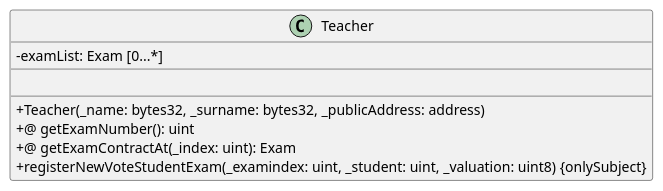
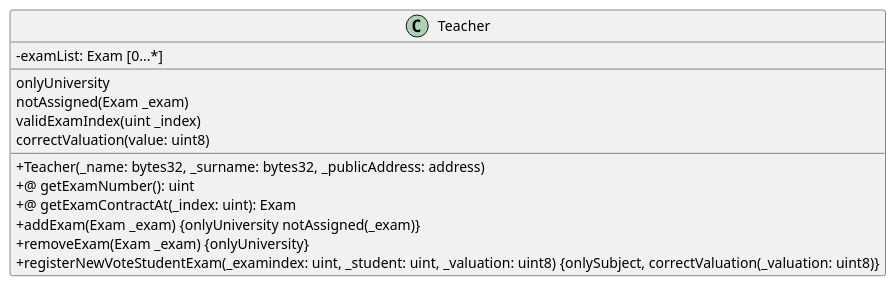
Before and after one commit to M9k/Marvin-Uml: the diagram in Solidity/Contracts/Teacher.iuml, drawn with PlantUML. The commit also changed 4 other files, not shown here.

```diff
--- a/Solidity/Contracts/Teacher.iuml
+++ b/Solidity/Contracts/Teacher.iuml
@@ -1,13 +1,18 @@
 @startuml
 skinparam classAttributeIconSize 0
 class Teacher {
 - examList: Exam [0...*]
 __
-
+onlyUniversity
+notAssigned(Exam _exam)
+validExamIndex(uint _index)
+correctValuation(value: uint8)
 __
 + Teacher(_name: bytes32, _surname: bytes32, _publicAddress: address)
 +@ getExamNumber(): uint
 +@ getExamContractAt(_index: uint): Exam
-+ registerNewVoteStudentExam(_examindex: uint, _student: uint, _valuation: uint8) {onlySubject}
++ addExam(Exam _exam) {onlyUniversity notAssigned(_exam)}
++ removeExam(Exam _exam) {onlyUniversity}
++ registerNewVoteStudentExam(_examindex: uint, _student: uint, _valuation: uint8) {onlySubject, correctValuation(_valuation: uint8)}
 }
 @enduml
```
